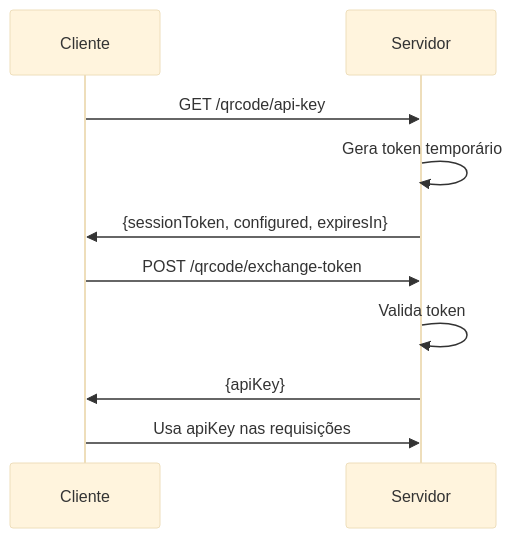
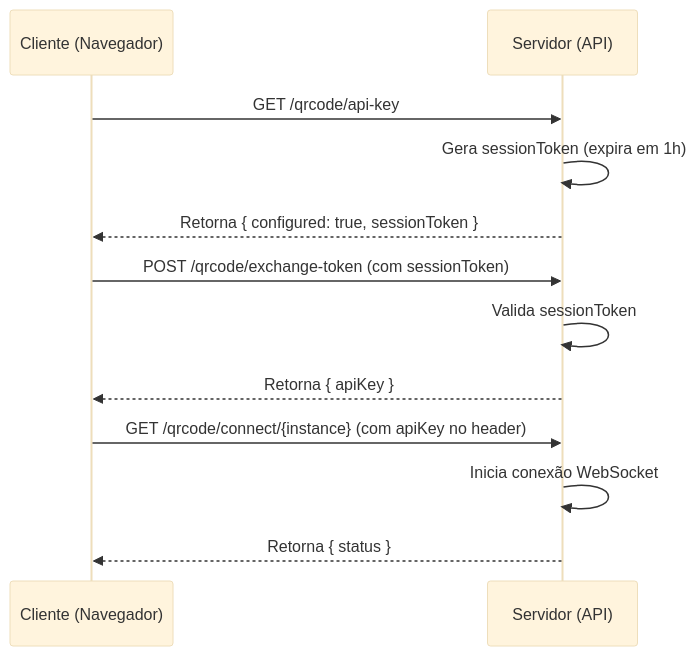
The diagram in docs/SECURITY_IMPROVEMENTS.md (cesar-carlos/evolution-api), drawn with Mermaid (base theme) before and after one commit. The commit also changed other lines of this file and 8 other files, not shown here.

````diff
--- a/docs/SECURITY_IMPROVEMENTS.md
+++ b/docs/SECURITY_IMPROVEMENTS.md
@@ -83,13 +83,17 @@
 ```mermaid
 sequenceDiagram
-    participant C as Cliente
-    participant S as Servidor
-    
+    participant C as Cliente (Navegador)
+    participant S as Servidor (API)
+
     C->>S: GET /qrcode/api-key
-    S->>S: Gera token temporário
-    S->>C: {sessionToken, configured, expiresIn}
-    C->>S: POST /qrcode/exchange-token
-    S->>S: Valida token
-    S->>C: {apiKey}
-    C->>S: Usa apiKey nas requisições
+    S->>S: Gera sessionToken (expira em 1h)
+    S-->>C: Retorna { configured: true, sessionToken }
+
+    C->>S: POST /qrcode/exchange-token (com sessionToken)
+    S->>S: Valida sessionToken
+    S-->>C: Retorna { apiKey }
+
+    C->>S: GET /qrcode/connect/{instance} (com apiKey no header)
+    S->>S: Inicia conexão WebSocket
+    S-->>C: Retorna { status }
 ```
````
